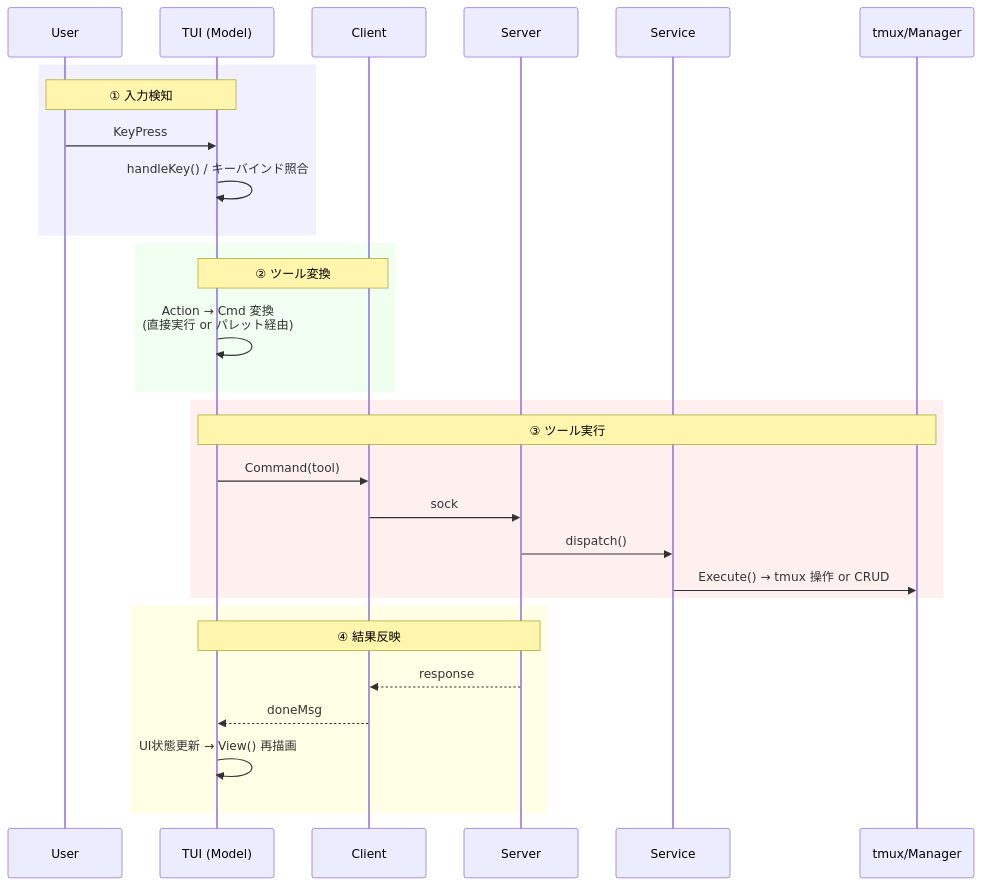
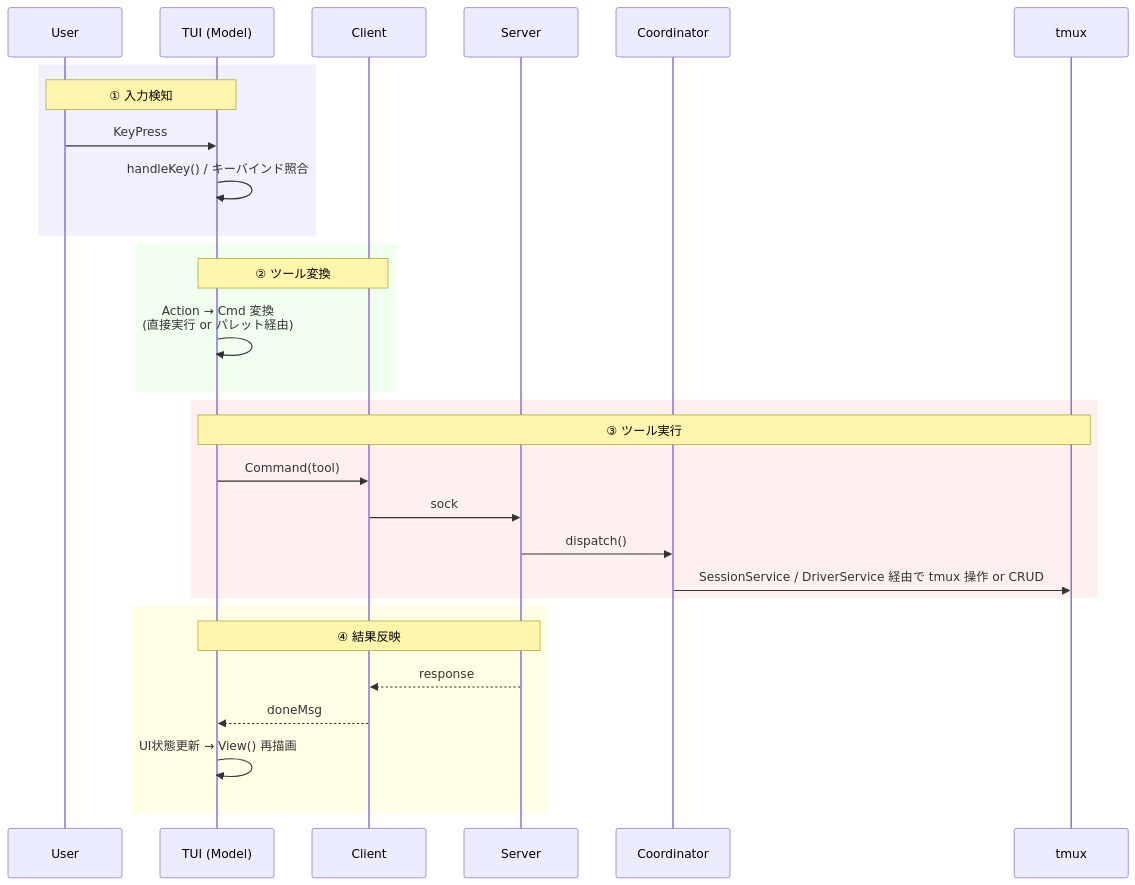
Before and after one commit to takezoh/agent-roost: the third of 5 diagrams in ARCHITECTURE.md, drawn with Mermaid. The commit also changed other lines of this file and 76 other files, not shown here.

First line of the commit message:
Refactor session/driver into Coordinator + 2 services with stateful Driver instances

````diff
--- a/ARCHITECTURE.md
+++ b/ARCHITECTURE.md
@@ -406,35 +414,35 @@
 ```mermaid
 sequenceDiagram
     participant U as User
     participant M as TUI (Model)
     participant C as Client
     participant S as Server
-    participant Svc as Service
-    participant T as tmux/Manager
+    participant Coord as Coordinator
+    participant T as tmux
 
     rect rgb(240, 240, 255)
     Note over U,M: ① 入力検知
     U->>M: KeyPress
     M->>M: handleKey() / キーバインド照合
     end
 
     rect rgb(240, 255, 240)
     Note over M,C: ② ツール変換
     M->>M: Action → Cmd 変換<br/>(直接実行 or パレット経由)
     end
 
     rect rgb(255, 240, 240)
     Note over M,T: ③ ツール実行
     M->>C: Command(tool)
     C->>S: sock
-    S->>Svc: dispatch()
-    Svc->>T: Execute() → tmux 操作 or CRUD
+    S->>Coord: dispatch()
+    Coord->>T: SessionService / DriverService 経由で tmux 操作 or CRUD
     end
 
     rect rgb(255, 255, 230)
     Note over M,S: ④ 結果反映
     S-->>C: response
     C-->>M: doneMsg
     M->>M: UI状態更新 → View() 再描画
     end
 ```
````
